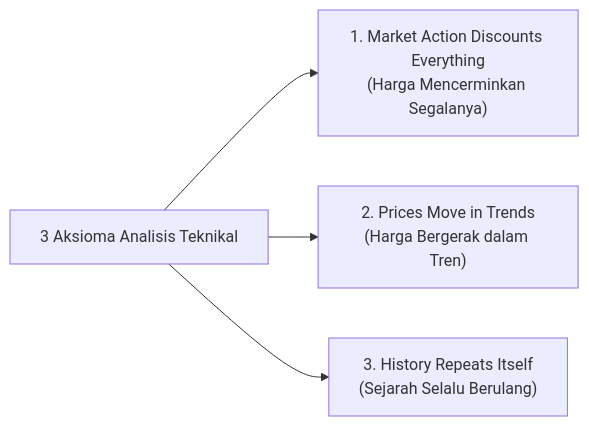
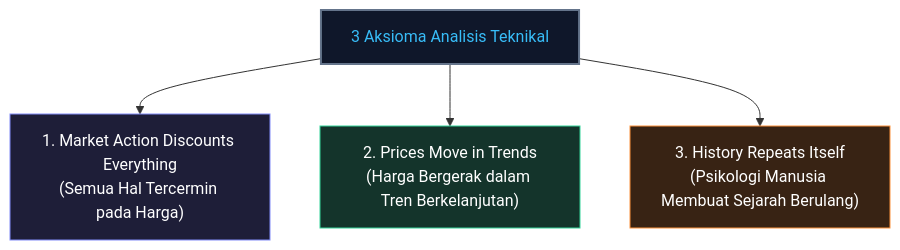
The second of 4 diagrams in docs/edianto-ong/01-pengenalan-technical-analysis.md (AlulCode45/Trading-Learning-Path), drawn with Mermaid before and after one commit. The commit also changed other lines of this file and 29 other files, not shown here.

Commit message:
docs(edianto-ong): upgrade all 29 chapters with beginner analogies, diagrams, step-by-step guides, and case studies

````diff
--- a/docs/edianto-ong/01-pengenalan-technical-analysis.md
+++ b/docs/edianto-ong/01-pengenalan-technical-analysis.md
@@ -38,7 +80,12 @@
 ```mermaid
-graph LR
-    A["3 Aksioma Analisis Teknikal"]
-    A --> B["1. Market Action Discounts Everything<br/>(Harga Mencerminkan Segalanya)"]
-    A --> C["2. Prices Move in Trends<br/>(Harga Bergerak dalam Tren)"]
-    A --> D["3. History Repeats Itself<br/>(Sejarah Selalu Berulang)"]
+graph TD
+    AxiomRoot["3 Aksioma Analisis Teknikal"]
+    AxiomRoot --> Ax1["1. Market Action Discounts Everything<br/>(Semua Hal Tercermin pada Harga)"]
+    AxiomRoot --> Ax2["2. Prices Move in Trends<br/>(Harga Bergerak dalam Tren Berkelanjutan)"]
+    AxiomRoot --> Ax3["3. History Repeats Itself<br/>(Psikologi Manusia Membuat Sejarah Berulang)"]
+
+    style AxiomRoot fill:#0f172a,stroke:#64748b,stroke-width:2px,color:#38bdf8
+    style Ax1 fill:#1e1e38,stroke:#818cf8,color:#ffffff
+    style Ax2 fill:#14342b,stroke:#34d399,color:#ffffff
+    style Ax3 fill:#382314,stroke:#fb923c,color:#ffffff
 ```
````
